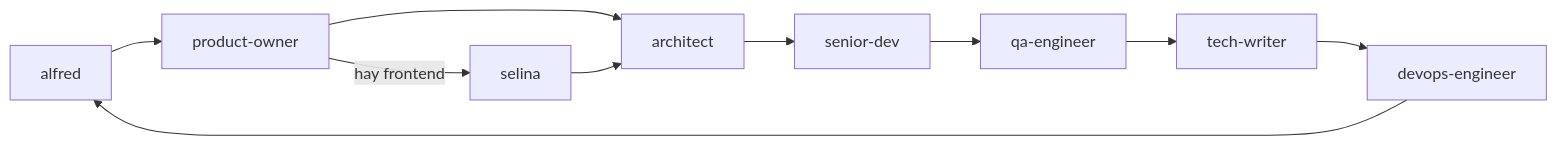
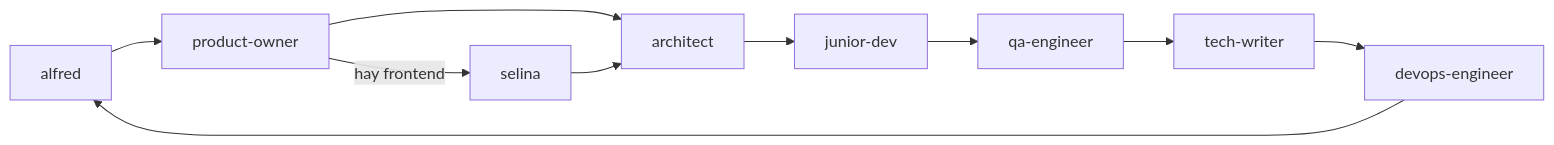
The diagram in README.md (SrScorpio/alfred-dev-vscode), drawn with Mermaid before and after one commit. The commit also changed other lines of this file and 8 other files, not shown here.

Commit message:
feat: junior-dev (Luna) como desarrollador del dia a dia + senior-dev re-escalado a Sol para muy complicado (0.2.0)

````diff
--- a/README.md
+++ b/README.md
@@ -123,12 +126,12 @@
 ```mermaid
 flowchart LR
     A[alfred] --> PO[product-owner]
     PO -->|hay frontend| SE[selina]
     PO --> AR[architect]
     SE --> AR
-    AR --> SD[senior-dev]
-    SD --> QA[qa-engineer]
+    AR --> JD[junior-dev]
+    JD --> QA[qa-engineer]
     QA --> TW[tech-writer]
     TW --> DO[devops-engineer]
     DO --> A
 ```
````
